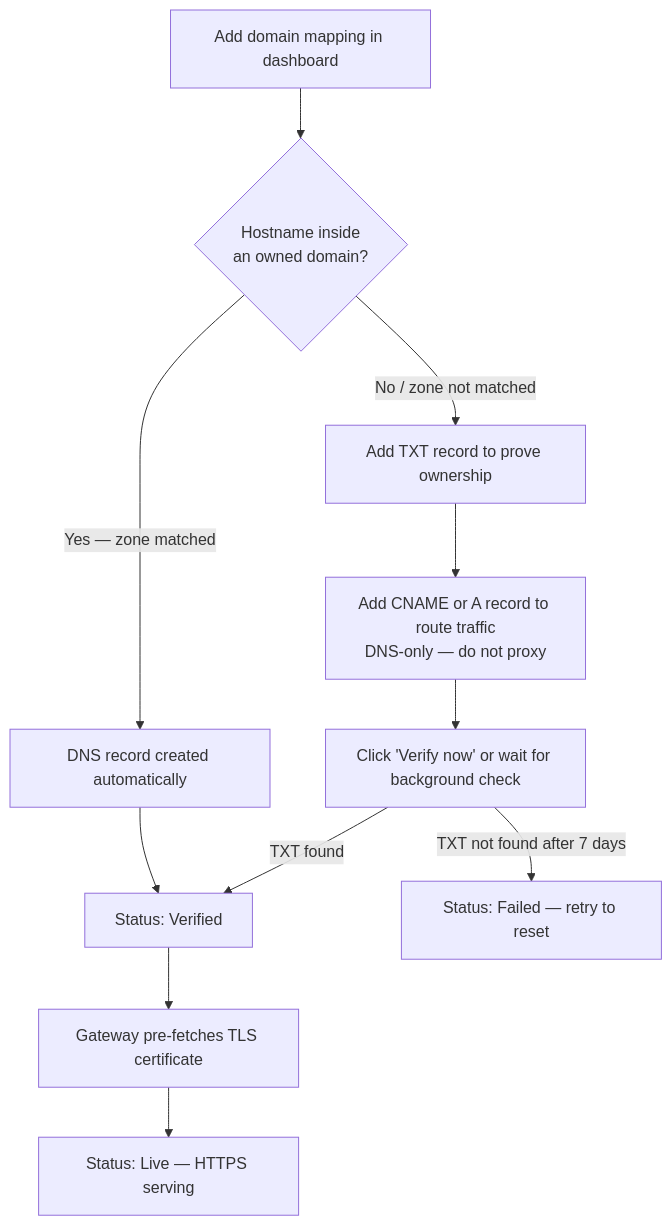
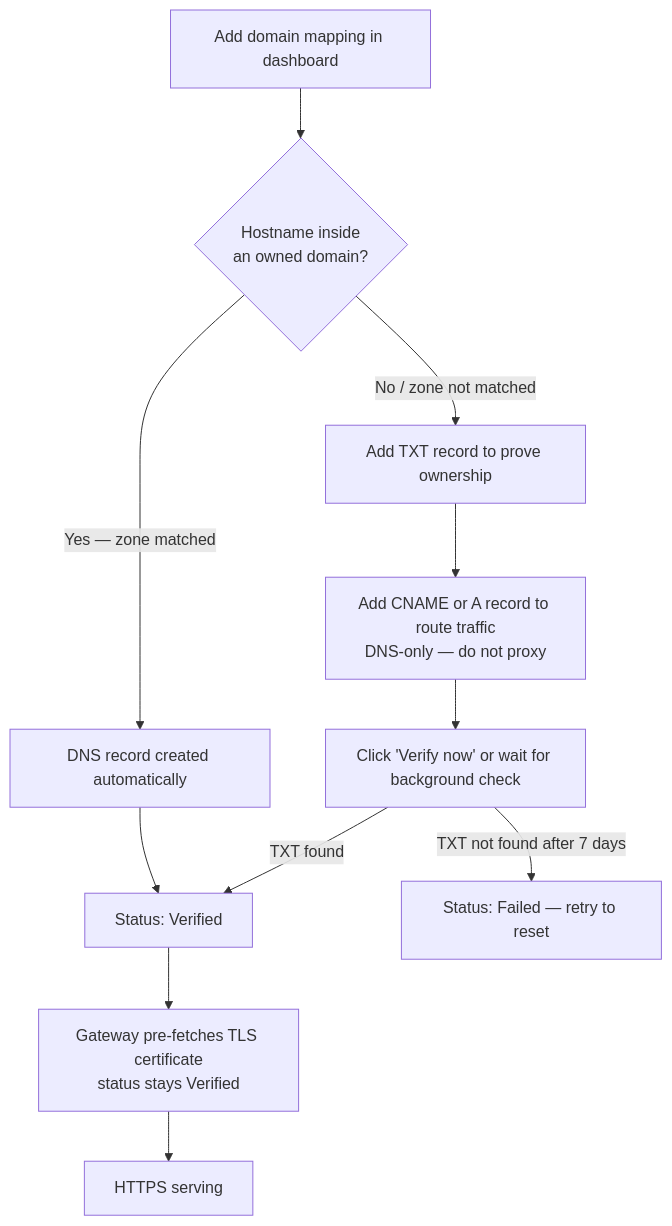
The diagram in edd-cloud-docs/docs/guides/custom-domains.md (EddisonSo/cloud), drawn with Mermaid before and after one commit. The commit also changed other lines of this file and 3 other files, not shown here.

````diff
--- a/edd-cloud-docs/docs/guides/custom-domains.md
+++ b/edd-cloud-docs/docs/guides/custom-domains.md
@@ -21,13 +21,13 @@
 ```mermaid
 flowchart TD
     A[Add domain mapping in dashboard] --> B{Hostname inside\nan owned domain?}
     B -->|Yes — zone matched| AUTO[DNS record created automatically]
     B -->|No / zone not matched| TXT[Add TXT record to prove ownership]
     TXT --> CNAME[Add CNAME or A record to route traffic\nDNS-only — do not proxy]
     CNAME --> VER[Click 'Verify now' or wait for background check]
     VER -->|TXT found| E[Status: Verified]
     VER -->|TXT not found after 7 days| F[Status: Failed — retry to reset]
     AUTO --> E
-    E --> G[Gateway pre-fetches TLS certificate]
-    G --> H[Status: Live — HTTPS serving]
+    E --> G[Gateway pre-fetches TLS certificate<br/>status stays Verified]
+    G --> H[HTTPS serving]
 ```
````
